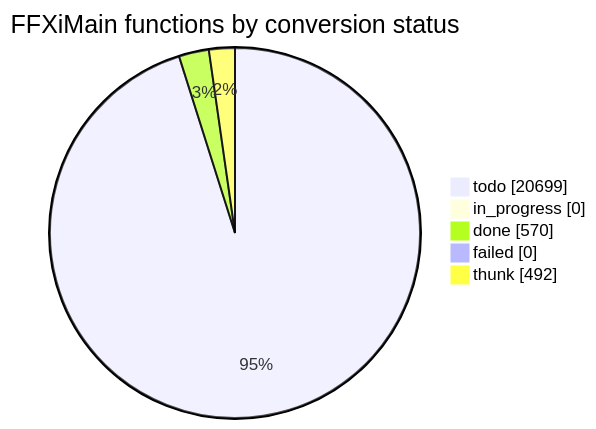
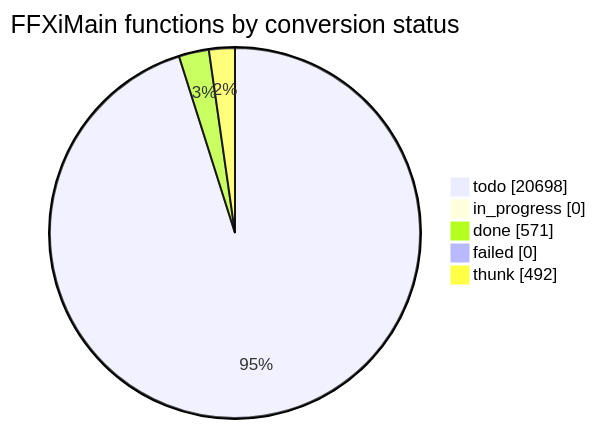
The diagram in docs/cow/STATUS.md (cowrevenge/cow_kuluu_xi_anything), drawn with Mermaid before and after one commit. The commit also changed other lines of this file and 9 other files, not shown here.

````diff
--- a/docs/cow/STATUS.md
+++ b/docs/cow/STATUS.md
@@ -18,9 +18,9 @@
 ```mermaid
 pie showData
     title FFXiMain functions by conversion status
-    "todo" : 20699
+    "todo" : 20698
     "in_progress" : 0
-    "done" : 570
+    "done" : 571
     "failed" : 0
     "thunk" : 492
 ```
````
